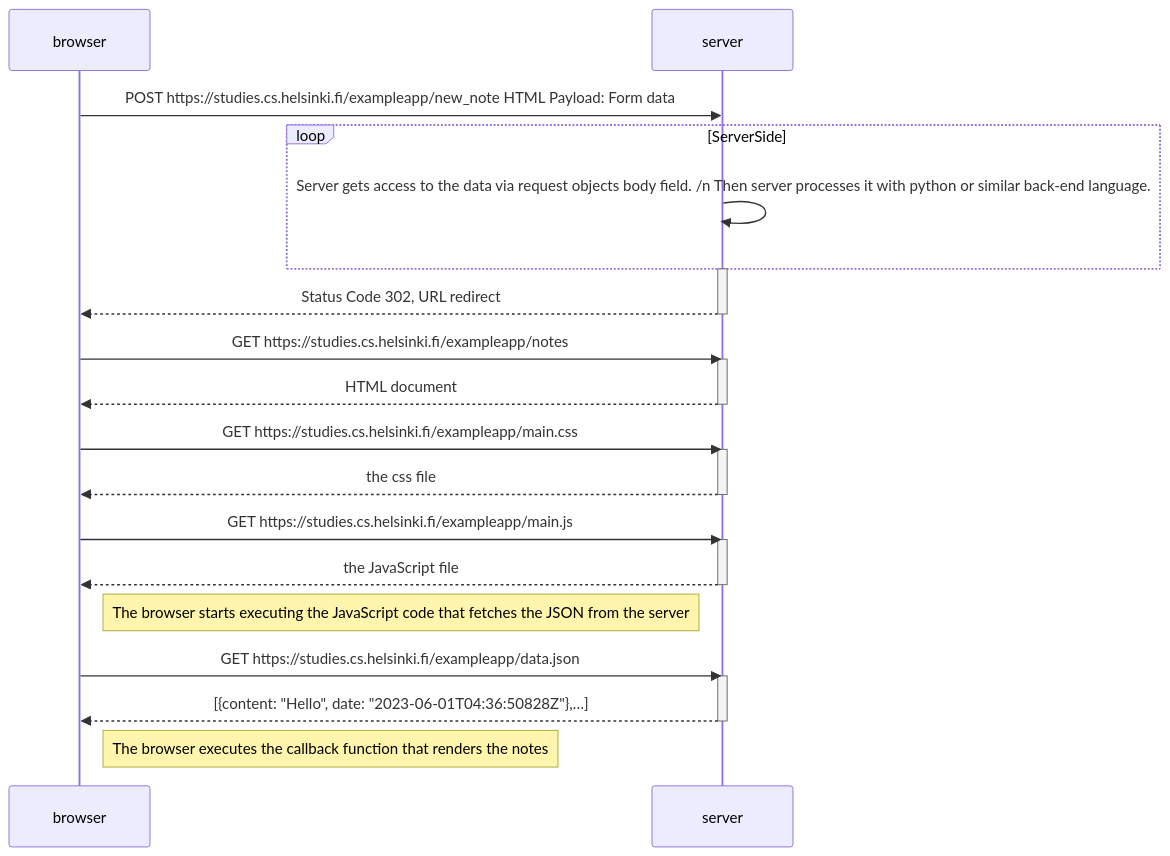
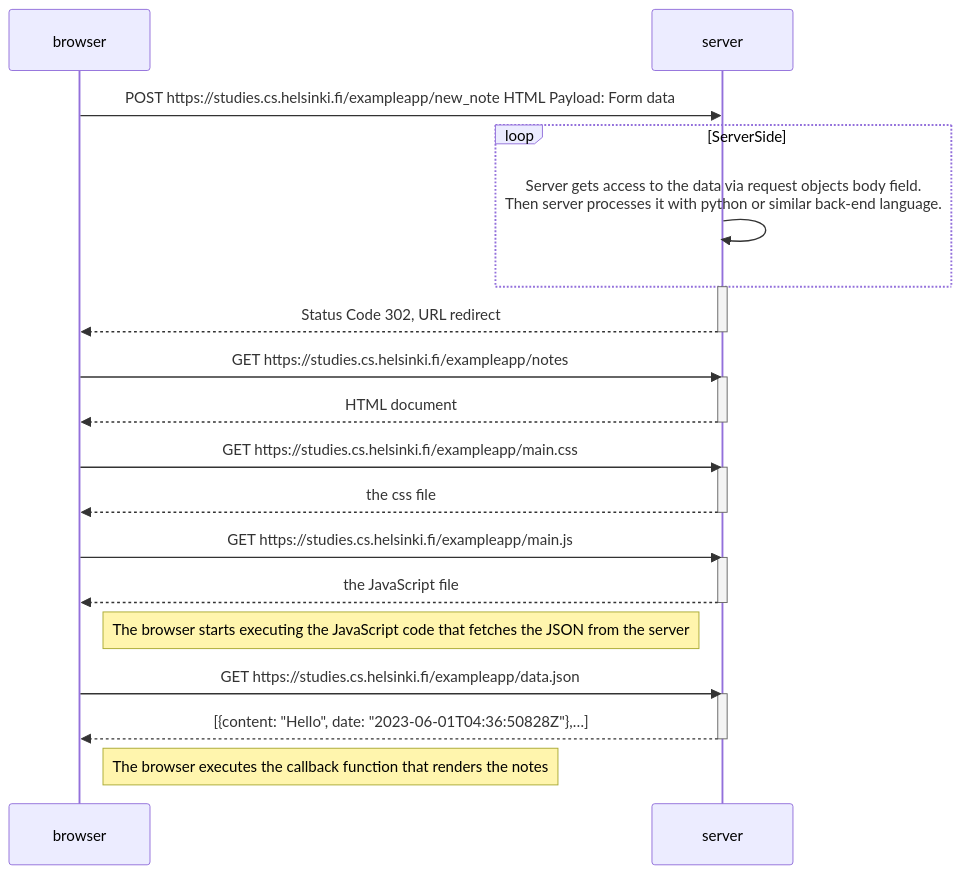
The diagram in new_note_diagram.md (Gwasagir/fullstack_open), drawn with Mermaid before and after one commit.

Commit message:
Trying to add linebreak 0.4

````diff
--- a/new_note_diagram.md
+++ b/new_note_diagram.md
@@ -3,36 +3,36 @@
 ```mermaid
 sequenceDiagram
 participant browser
 participant server
 
 browser->>server: POST https://studies.cs.helsinki.fi/exampleapp/new_note HTML Payload: Form data
 loop ServerSide 
-    server->>server: Server gets access to the data via request objects body field. /n Then server processes it with python or similar back-end language.
+    server->>server: Server gets access to the data via request objects body field. <br> Then server processes it with python or similar back-end language.
 end
 activate server
 server-->>browser: Status Code 302, URL redirect
 deactivate server
 
 browser->>server: GET https://studies.cs.helsinki.fi/exampleapp/notes
 activate server
 server-->>browser: HTML document
 deactivate server
 
 browser->>server: GET https://studies.cs.helsinki.fi/exampleapp/main.css
 activate server
 server-->>browser: the css file
 deactivate server
 
 browser->>server: GET https://studies.cs.helsinki.fi/exampleapp/main.js
 activate server
 server-->>browser: the JavaScript file
 deactivate server
 
 Note right of browser: The browser starts executing the JavaScript code that fetches the JSON from the server
 
 browser->>server: GET https://studies.cs.helsinki.fi/exampleapp/data.json
 activate server
 server-->>browser: [{content: "Hello", date: "2023-06-01T04:36:50828Z"},…]
 deactivate server
 Note right of browser: The browser executes the callback function that renders the notes
 ```
````
